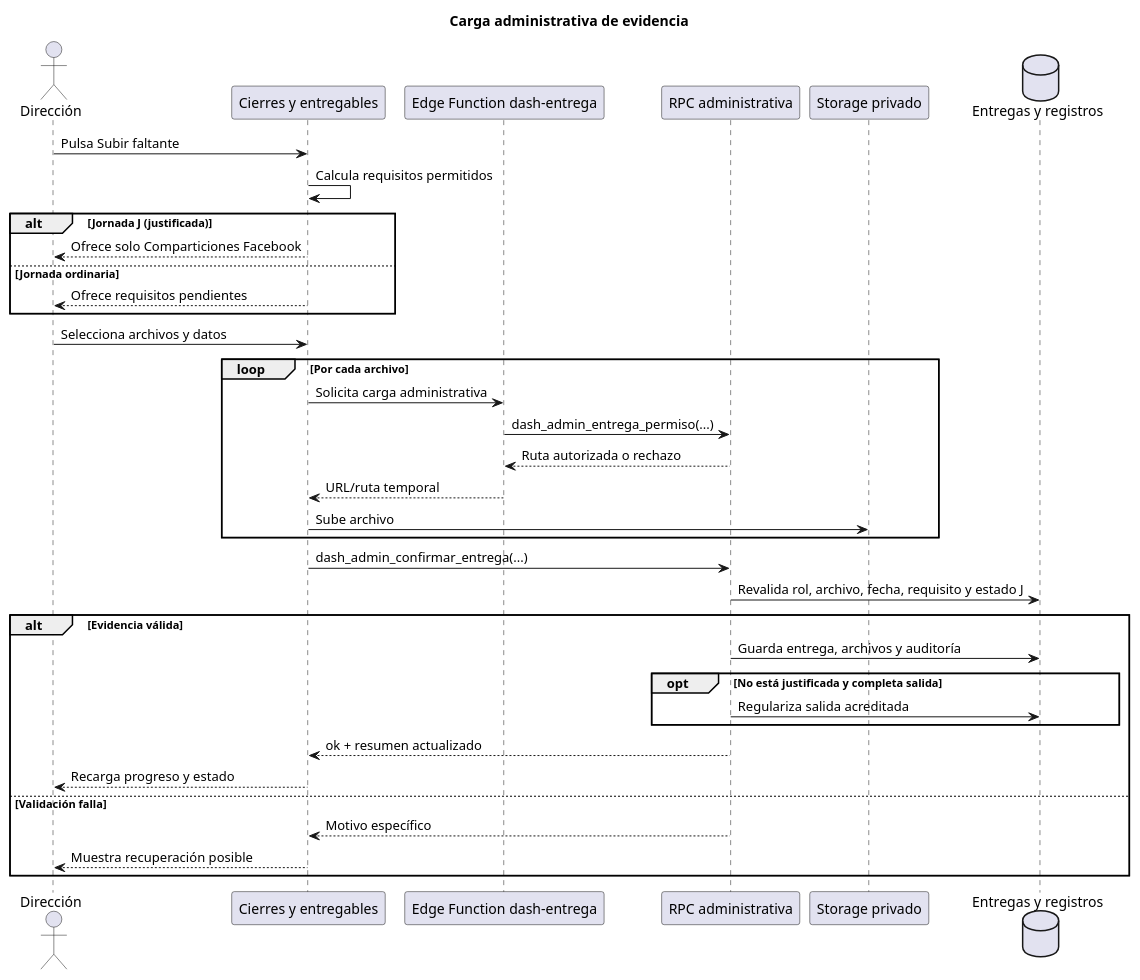
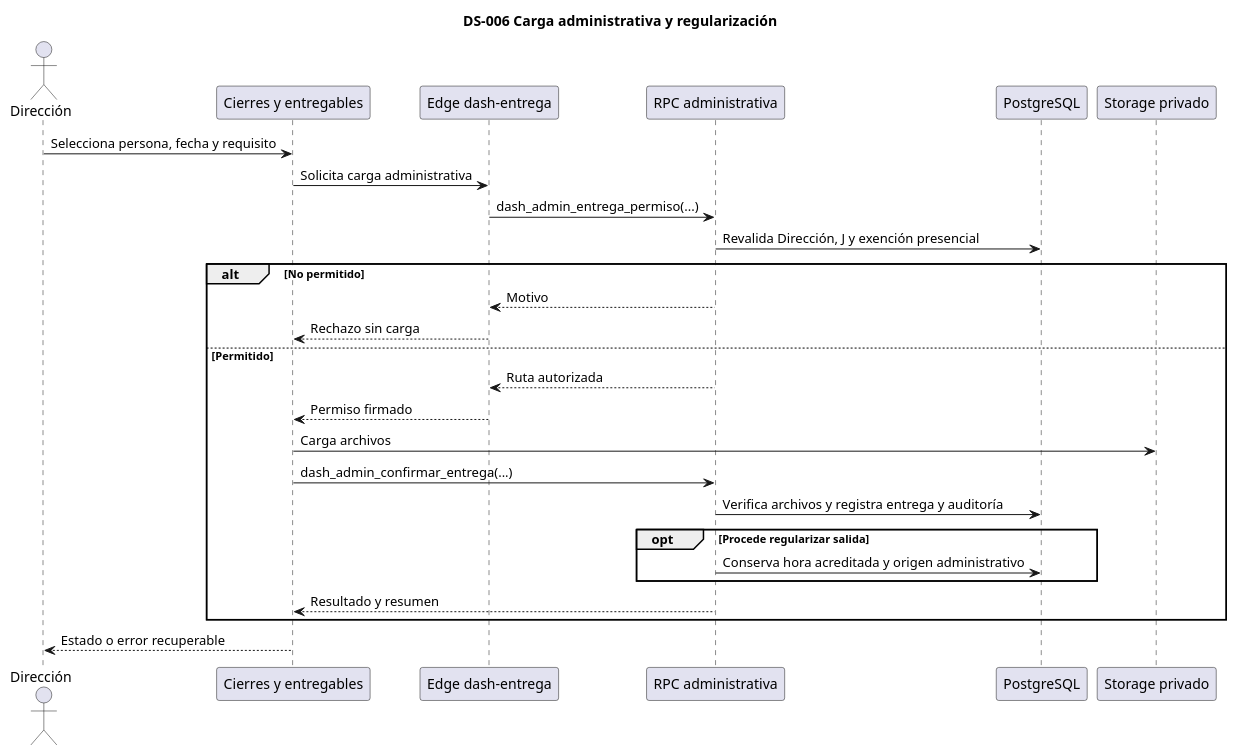
One commit to kjabienestar-ux/KJA changed the sixth of 22 diagrams in docs/21-diagramas-secuencia-administracion-plantuml.md. Above: the diagram before and after it, drawn with PlantUML. The commit also changed other lines of this file and 4 other files, not shown here.

````diff
--- a/docs/21-diagramas-secuencia-administracion-plantuml.md
+++ b/docs/21-diagramas-secuencia-administracion-plantuml.md
@@ -179,40 +197,30 @@
 ```plantuml
 @startuml
-title Carga administrativa de evidencia
-actor Dirección as Dir
-participant "Cierres y entregables" as Web
-participant "Edge Function dash-entrega" as Edge
-participant "RPC administrativa" as RPC
-participant "Storage privado" as Storage
-database "Entregas y registros" as DB
-
-Dir -> Web: Pulsa Subir faltante
-Web -> Web: Calcula requisitos permitidos
-alt Jornada J (justificada)
-  Web --> Dir: Ofrece solo Comparticiones Facebook
-else Jornada ordinaria
-  Web --> Dir: Ofrece requisitos pendientes
+title DS-006 Carga administrativa y regularización
+actor "Dirección" as U
+participant "Cierres y entregables" as W
+participant "Edge dash-entrega" as E
+participant "RPC administrativa" as R
+participant "PostgreSQL" as B
+participant "Storage privado" as S
+U -> W: Selecciona persona, fecha y requisito
+W -> E: Solicita carga administrativa
+E -> R: dash_admin_entrega_permiso(...)
+R -> B: Revalida Dirección, J y exención presencial
+alt No permitido
+R --> E: Motivo
+E --> W: Rechazo sin carga
+else Permitido
+R --> E: Ruta autorizada
+E --> W: Permiso firmado
+W -> S: Carga archivos
+W -> R: dash_admin_confirmar_entrega(...)
+R -> B: Verifica archivos y registra entrega y auditoría
+opt Procede regularizar salida
+R -> B: Conserva hora acreditada y origen administrativo
 end
-Dir -> Web: Selecciona archivos y datos
-loop Por cada archivo
-  Web -> Edge: Solicita carga administrativa
-  Edge -> RPC: dash_admin_entrega_permiso(...)
-  RPC --> Edge: Ruta autorizada o rechazo
-  Edge --> Web: URL/ruta temporal
-  Web -> Storage: Sube archivo
+R --> W: Resultado y resumen
 end
-Web -> RPC: dash_admin_confirmar_entrega(...)
-RPC -> DB: Revalida rol, archivo, fecha, requisito y estado J
-alt Evidencia válida
-  RPC -> DB: Guarda entrega, archivos y auditoría
-  opt No está justificada y completa salida
-    RPC -> DB: Regulariza salida acreditada
-  end
-  RPC --> Web: ok + resumen actualizado
-  Web --> Dir: Recarga progreso y estado
-else Validación falla
-  RPC --> Web: Motivo específico
-  Web --> Dir: Muestra recuperación posible
-end
+W --> U: Estado o error recuperable
 @enduml
 ```
````
